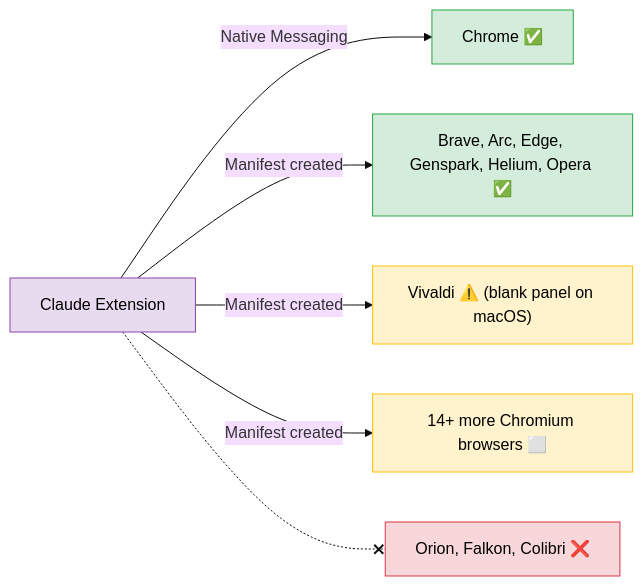
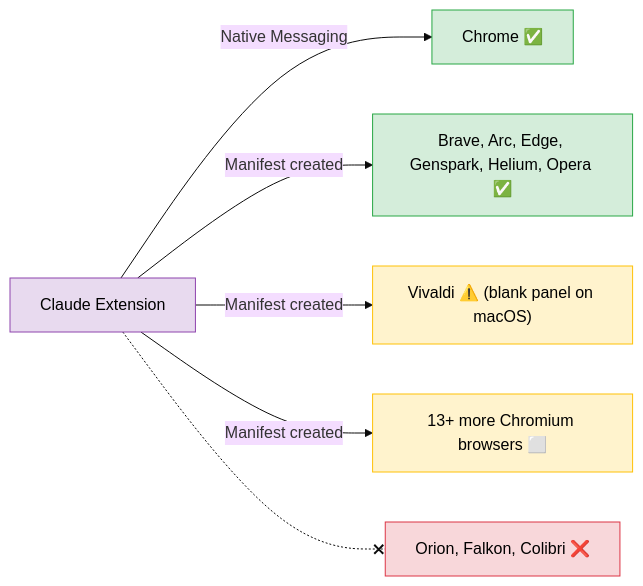
One commit to stolot0mt0m/claude-chromium-native-messaging changed the second of 4 diagrams in README.md. Above: the diagram before and after it, drawn with Mermaid (base theme). The commit also changed other lines of this file, not shown here.

Commit message:
docs: move Ungoogled Chromium to confirmed working (closes #18)

````diff
--- a/README.md
+++ b/README.md
@@ -135,15 +135,15 @@
 ```mermaid
 graph LR
     EXT["Claude Extension"] -->|"Native Messaging"| CHROME["Chrome ✅"]
     EXT -->|"Manifest created"| CONFIRMED["Brave, Arc, Edge, Genspark, Helium, Opera ✅"]
     EXT -->|"Manifest created"| PARTIAL["Vivaldi ⚠️ (blank panel on macOS)"]
-    EXT -->|"Manifest created"| UNCONFIRMED["14+ more Chromium browsers ⬜"]
+    EXT -->|"Manifest created"| UNCONFIRMED["13+ more Chromium browsers ⬜"]
     EXT -.-x INCOMPAT["Orion, Falkon, Colibri ❌"]
 
     style CHROME fill:#d4edda,stroke:#28a745,color:#000
     style CONFIRMED fill:#d4edda,stroke:#28a745,color:#000
     style PARTIAL fill:#fff3cd,stroke:#ffc107,color:#000
     style UNCONFIRMED fill:#fff3cd,stroke:#ffc107,color:#000
     style INCOMPAT fill:#f8d7da,stroke:#dc3545,color:#000
     style EXT fill:#e8daef,stroke:#8e44ad,color:#000
 ```
````
